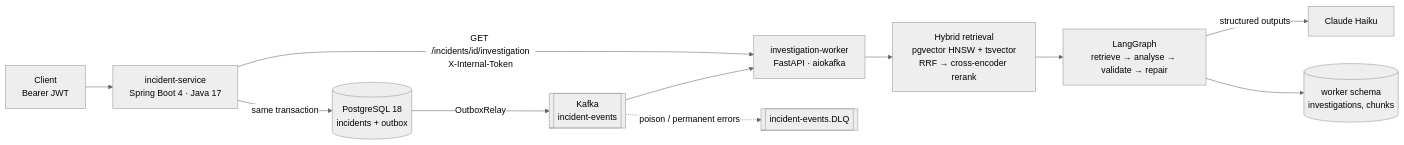
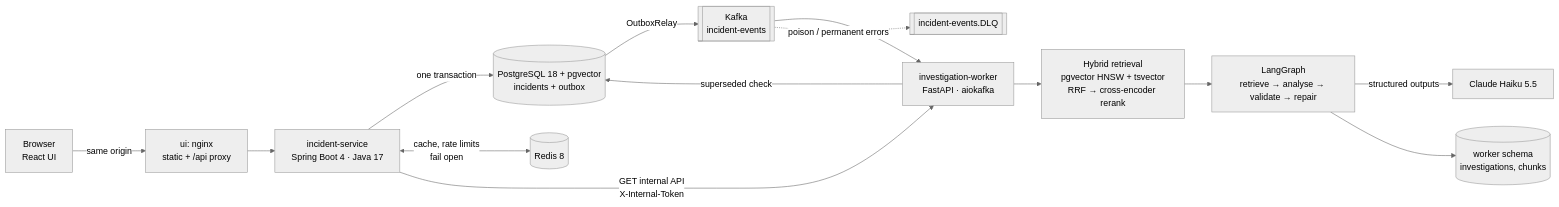
Before and after one commit to SandeepKonduruRaju/ai-incident-platform: the first of 2 diagrams in README.md, drawn with Mermaid (neutral theme). The commit also changed other lines of this file and 9 other files, not shown here.

First line of the commit message:
docs: README demo and results, architecture, ADRs

````diff
--- a/README.md
+++ b/README.md
@@ -14,13 +30,16 @@
 ```mermaid
 flowchart LR
-    U[Client<br/>Bearer JWT] --> API[incident-service<br/>Spring Boot 4 · Java 17]
-    API -->|same transaction| DB[(PostgreSQL 18<br/>incidents + outbox)]
+    B[Browser<br/>React UI] -->|same origin| N[ui: nginx<br/>static + /api proxy]
+    N --> API[incident-service<br/>Spring Boot 4 · Java 17]
+    API -->|one transaction| DB[(PostgreSQL 18 + pgvector<br/>incidents + outbox)]
+    API <-->|cache, rate limits<br/>fail open| RD[(Redis 8)]
     DB -->|OutboxRelay| K[[Kafka<br/>incident-events]]
     K --> W[investigation-worker<br/>FastAPI · aiokafka]
     K -. poison / permanent errors .-> DLQ[[incident-events.DLQ]]
+    W -->|superseded check| DB
     W --> R[Hybrid retrieval<br/>pgvector HNSW + tsvector<br/>RRF → cross-encoder rerank]
     R --> G[LangGraph<br/>retrieve → analyse → validate → repair]
-    G -->|structured outputs| C[Claude Haiku]
+    G -->|structured outputs| C[Claude Haiku 5.5]
     G --> WDB[(worker schema<br/>investigations, chunks)]
-    API -->|GET /incidents/id/investigation<br/>X-Internal-Token| W
+    API -->|GET internal API<br/>X-Internal-Token| W
 ```
````
